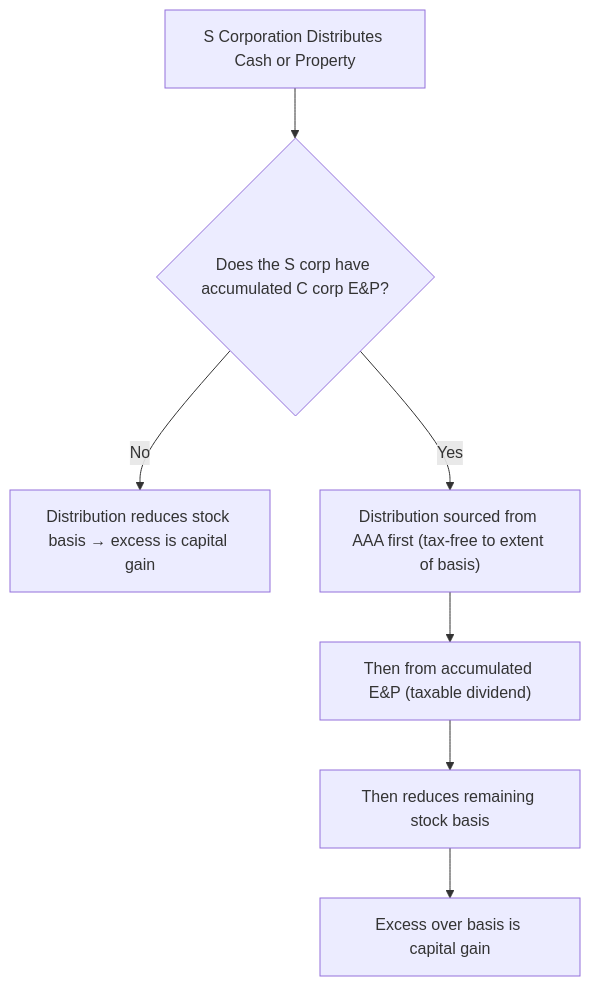
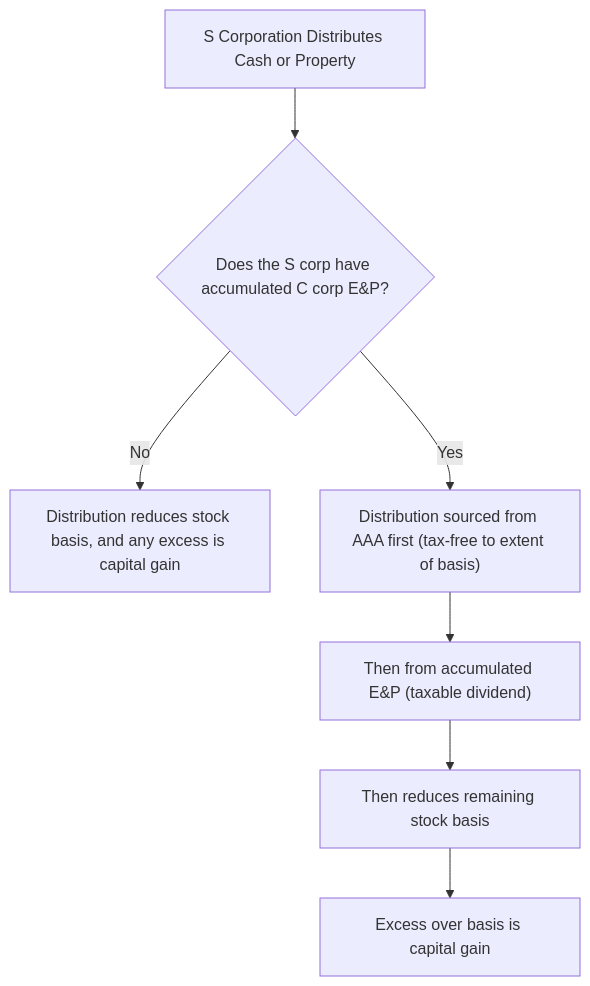
One commit to subwaymatch/cpabear-book changed the diagram in docs/tcp/entity-tax-compliance/s-corporations.md. Above: the diagram before and after it, drawn with Mermaid. The commit also changed other lines of this file and 222 other files, not shown here.

````diff
--- a/docs/tcp/entity-tax-compliance/s-corporations.md
+++ b/docs/tcp/entity-tax-compliance/s-corporations.md
@@ -167,9 +167,9 @@
 ```mermaid
 flowchart TD
     A[S Corporation Distributes Cash or Property] --> B{"Does the S corp have accumulated C corp E&P?"}
-    B -->|No| C["Distribution reduces stock basis → excess is capital gain"]
+    B -->|No| C["Distribution reduces stock basis, and any excess is capital gain"]
     B -->|Yes| D["Distribution sourced from AAA first (tax-free to extent of basis)"]
     D --> E["Then from accumulated E&P (taxable dividend)"]
     E --> F["Then reduces remaining stock basis"]
     F --> G["Excess over basis is capital gain"]
 ```
````
